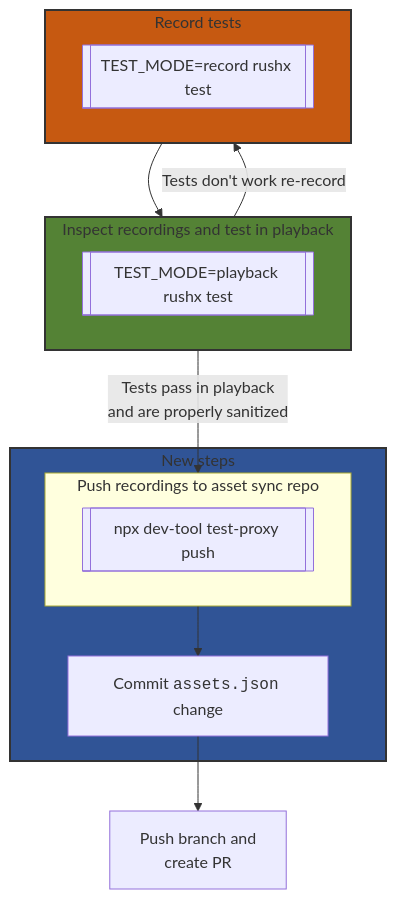
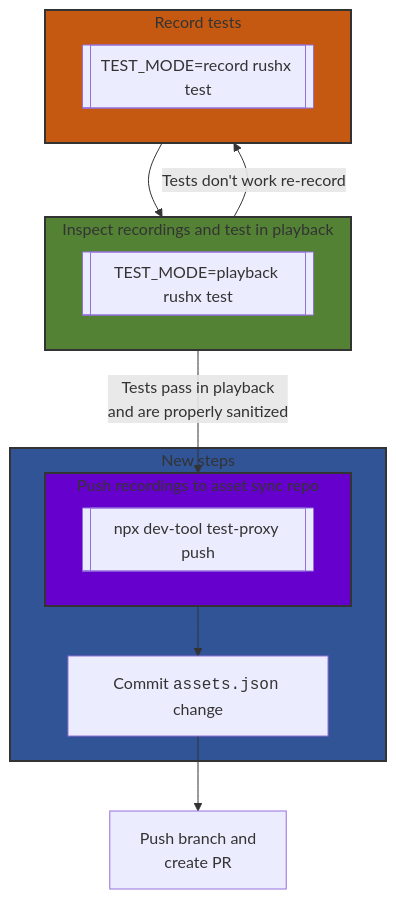
Before and after one commit to Azure/azure-sdk-for-js: the diagram in sdk/test-utils/recorder/ASSET_SYNC_MIGRATION.md, drawn with Mermaid. The commit also changed other lines of this file and 1 other file, not shown here.

````diff
--- a/sdk/test-utils/recorder/ASSET_SYNC_MIGRATION.md
+++ b/sdk/test-utils/recorder/ASSET_SYNC_MIGRATION.md
@@ -86,33 +91,35 @@
 ```mermaid
 
 graph TD
     subgraph p3 [New steps]
         subgraph p4 [Push recordings to asset sync repo]
             push[[npx dev-tool test-proxy push]]
         end
         p4-->assets[Commit <code>assets.json</code> change]
 
     end
 
     assets --> pr[Push branch and\ncreate PR]
 
     subgraph p2 [Inspect recordings and test in playback]
         playback[[TEST_MODE=playback rushx test]]
     end
 
     subgraph p1 [Record tests]
         record[[TEST_MODE=record rushx test]]
     end
 
     p1 --> p2
     p2 -- Tests don't work re-record --> p1
     p2 -- Tests pass in playback\nand are properly sanitized --> p4
 
 
     classDef green fill:#548235,stroke:#333,stroke-width:2px
     classDef orange fill:#C65911,stroke:#333,stroke-width:2px
     classDef blue fill:#305496,stroke:#333,stroke-width:2px
+    classDef purple fill:#6600cc,stroke:#333,stroke-width:2px
     class p1 orange
     class p2 green
     class p3 blue
+    class p4 purple
 ```
````
